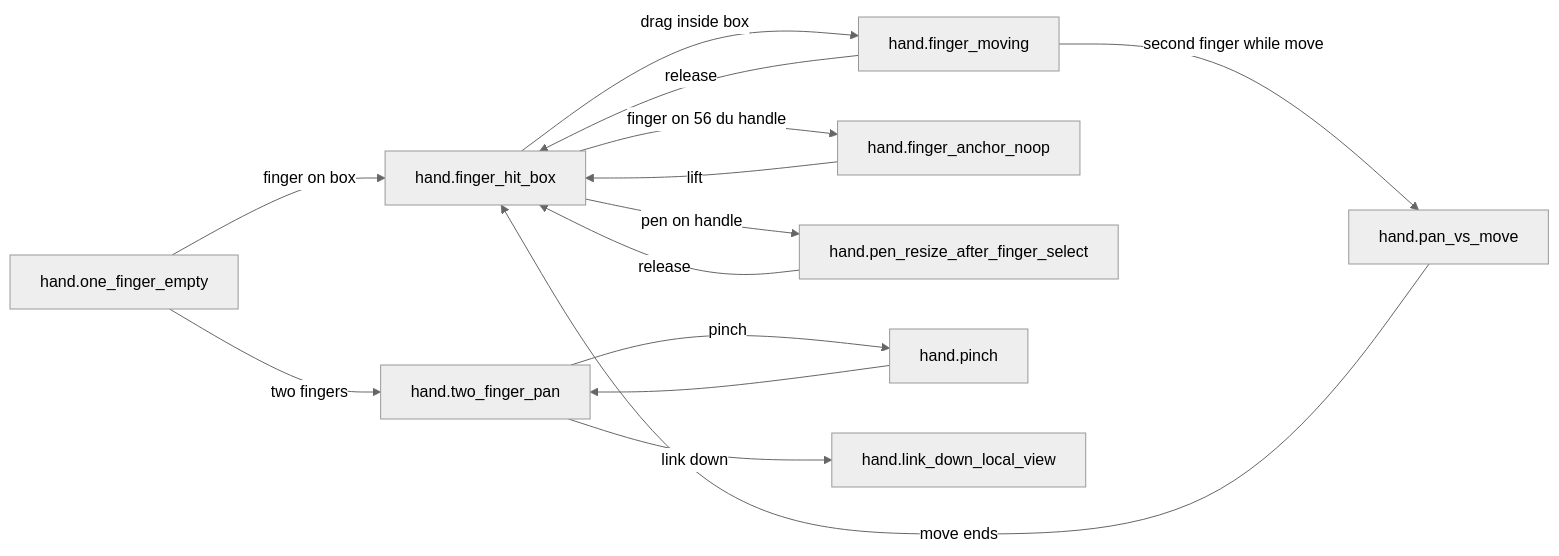
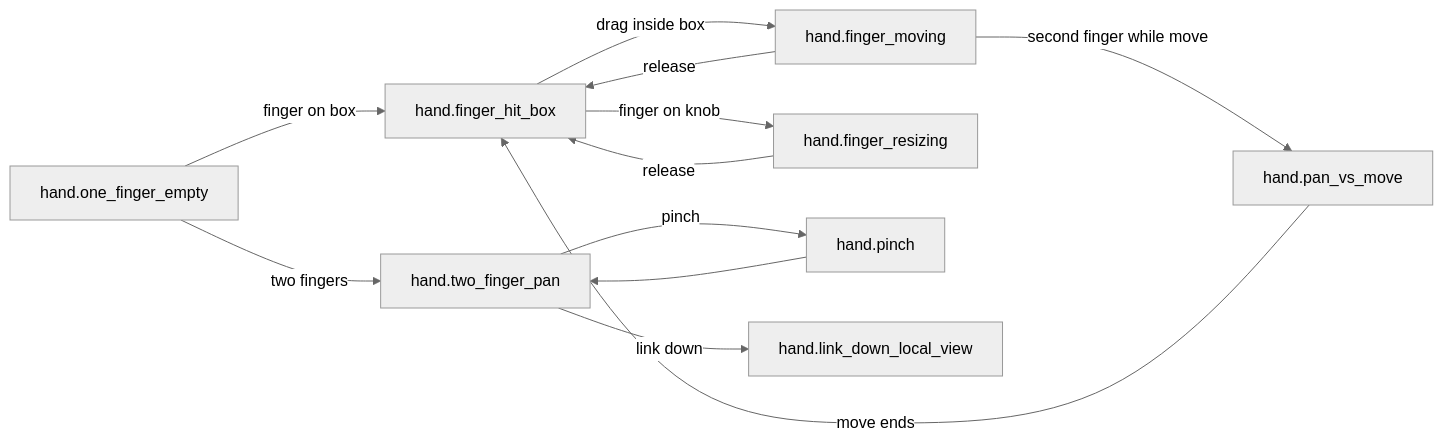
One commit to hoaidv/reawa changed the diagram in .plan/iter-005/design/hand-touch/ui-spec.md. Above: the diagram before and after it, drawn with Mermaid (neutral theme). The commit also changed other lines of this file and 193 other files, not shown here.

Commit message:
Hand-touch & Pen-button PRD & Design

````diff
--- a/.plan/iter-005/design/hand-touch/ui-spec.md
+++ b/.plan/iter-005/design/hand-touch/ui-spec.md
@@ -76,16 +75,14 @@
 ```mermaid
 flowchart LR
   empty[hand.one_finger_empty] -->|finger on box| hit[hand.finger_hit_box]
   empty -->|two fingers| pan[hand.two_finger_pan]
   hit -->|drag inside box| move[hand.finger_moving]
-  hit -->|finger on 56 du handle| noop[hand.finger_anchor_noop]
-  hit -->|pen on handle| resize[hand.pen_resize_after_finger_select]
+  hit -->|finger on knob| resize[hand.finger_resizing]
   move -->|second finger while move| conflict[hand.pan_vs_move]
   move -->|release| hit
   pan -->|pinch| pinch[hand.pinch]
   pan -->|link down| link[hand.link_down_local_view]
   pinch --> pan
   conflict -->|move ends| hit
-  noop -->|lift| hit
   resize -->|release| hit
 ```
````
